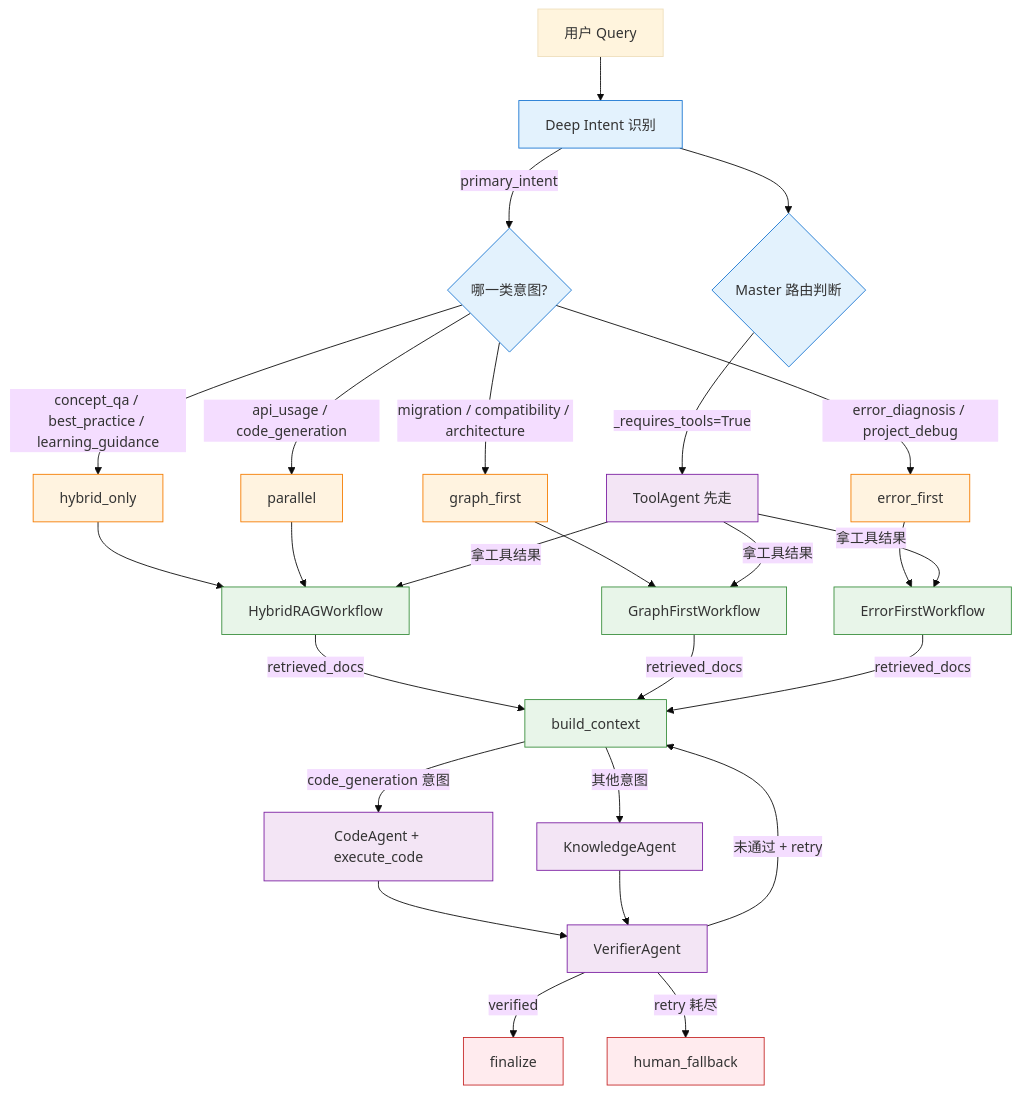
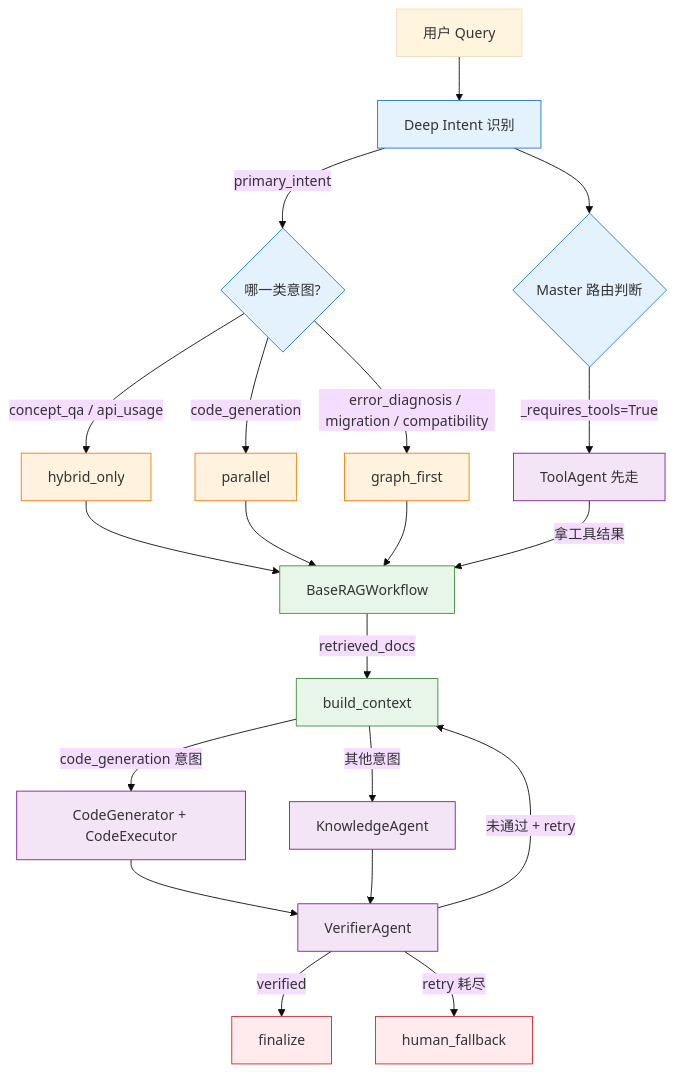
Before and after one commit to jackone666/enterprise_agentic_rag: the first of 4 diagrams in technical_deep_dive/主题/02-Agent设计.md, drawn with Mermaid (base theme). The commit also changed other lines of this file and 13 other files, not shown here.

````diff
--- a/technical_deep_dive/主题/02-Agent设计.md
+++ b/technical_deep_dive/主题/02-Agent设计.md
@@ -212,39 +200,35 @@
 ```mermaid
 graph TB
     Q[用户 Query] --> DI[Deep Intent 识别]
     DI -->|primary_intent| IM{哪一类意图?}
 
-    IM -->|concept_qa / best_practice / learning_guidance| HM[hybrid_only]
-    IM -->|api_usage / code_generation| PM[parallel]
-    IM -->|migration / compatibility / architecture| GM[graph_first]
-    IM -->|error_diagnosis / project_debug| EM[error_first]
+    IM -->|concept_qa / api_usage| HM[hybrid_only]
+    IM -->|code_generation| PM[parallel]
+    IM -->|error_diagnosis / migration / compatibility| GM[graph_first]
 
-    HM --> HRW[HybridRAGWorkflow]
-    PM --> HRW
-    GM --> GFW[GraphFirstWorkflow]
-    EM --> EFW[ErrorFirstWorkflow]
+    HM --> BRW[BaseRAGWorkflow]
+    PM --> BRW
+    GM --> BRW
 
     DI --> MK{Master 路由判断}
     MK -->|_requires_tools=True| TA[ToolAgent 先走]
-    TA -->|拿工具结果| HRW
-    TA -->|拿工具结果| GFW
-    TA -->|拿工具结果| EFW
-    HRW & GFW & EFW -->|retrieved_docs| BC[build_context]
-    BC -->|code_generation 意图| GC[CodeAgent + execute_code]
+    TA -->|拿工具结果| BRW
+    BRW -->|retrieved_docs| BC[build_context]
+    BC -->|code_generation 意图| GC[CodeGenerator + CodeExecutor]
     BC -->|其他意图| GA[KnowledgeAgent]
     GC & GA --> V[VerifierAgent]
     V -->|verified| F[finalize]
     V -->|未通过 + retry| BC
     V -->|retry 耗尽| HF[human_fallback]
 
     classDef intent fill:#E3F2FD,stroke:#1976D2
     classDef mode fill:#FFF3E0,stroke:#F57C00
     classDef rag fill:#E8F5E9,stroke:#388E3C
     classDef agent fill:#F3E5F5,stroke:#7B1FA2
     classDef term fill:#FFEBEE,stroke:#C62828
     class DI,IM,MK intent
-    class HM,PM,GM,EM mode
-    class HRW,GFW,EFW,BC rag
+    class HM,PM,GM mode
+    class BRW,BC rag
     class TA,GC,GA,V agent
     class F,HF term
 ```
````
